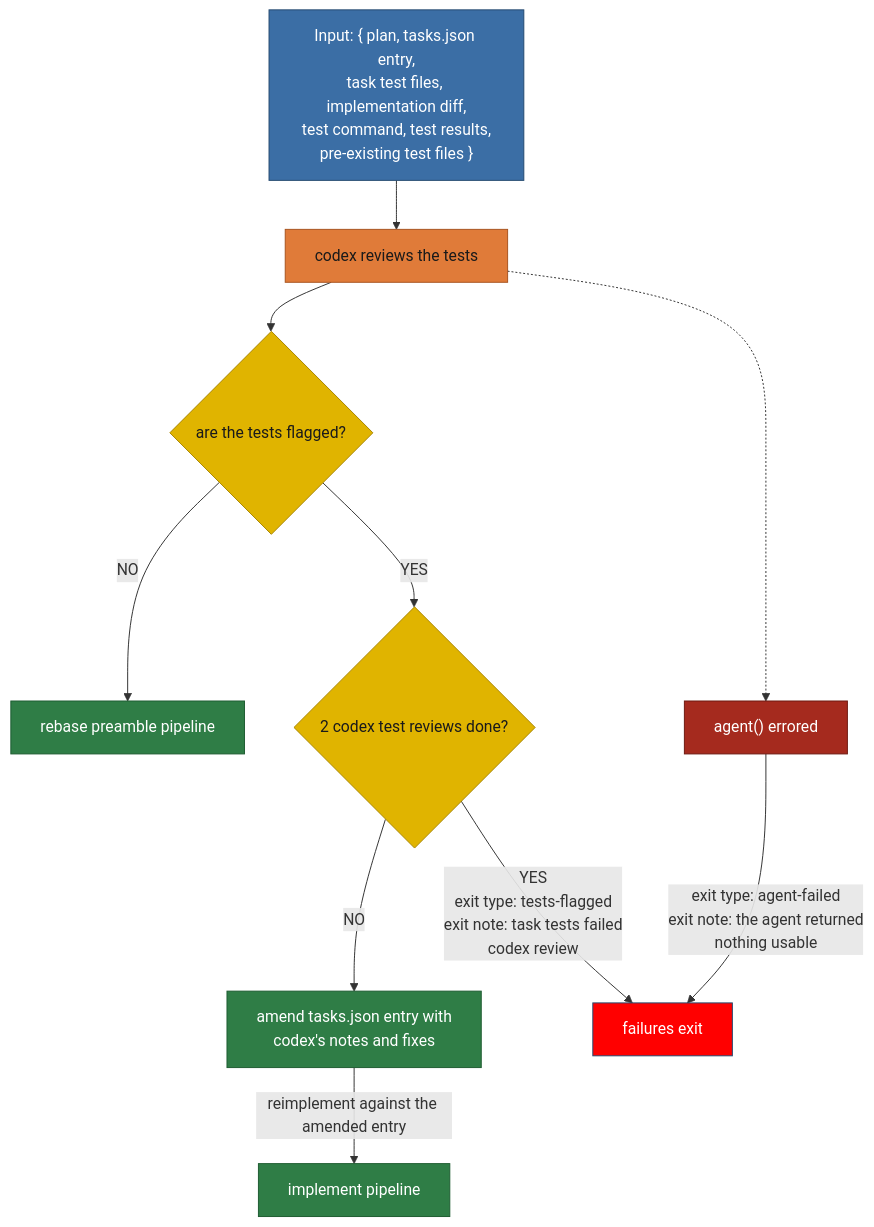
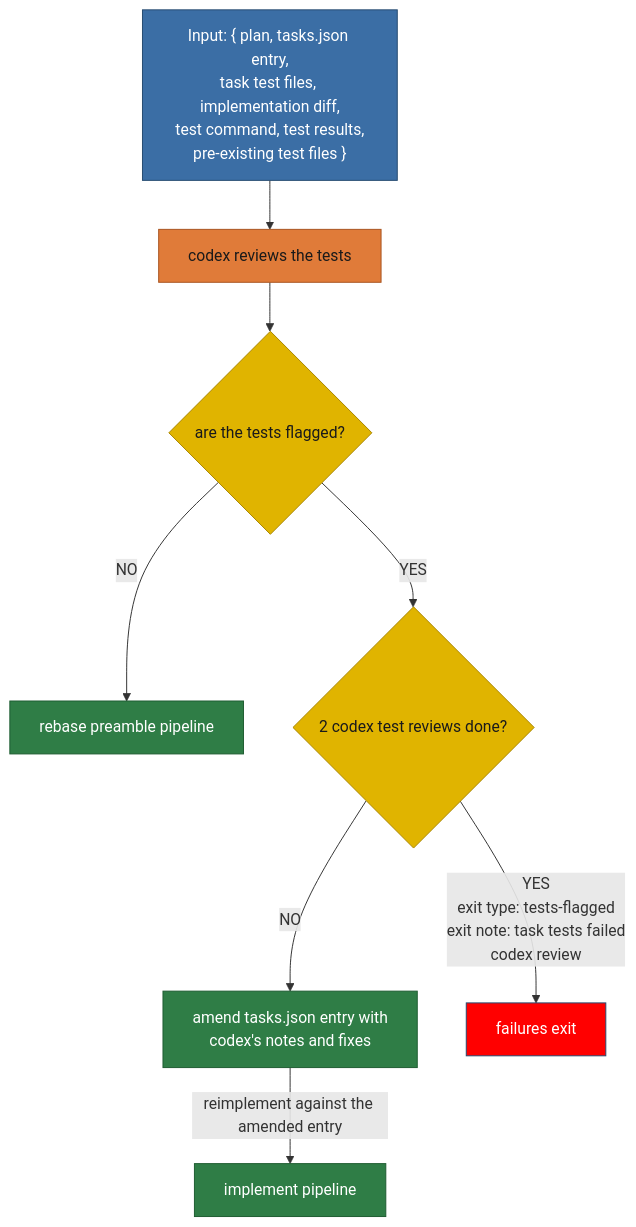
The diagram in plans/diagram/pipeline-reviewTests.mmd (matkatmusic/taskTools), drawn with Mermaid before and after one commit. The commit also changed 404 other files, not shown here.

```diff
--- a/plans/diagram/pipeline-reviewTests.mmd
+++ b/plans/diagram/pipeline-reviewTests.mmd
@@ -1,61 +1,58 @@
 flowchart TB
 %% REVIEW TASK TESTS PIPELINE. Split from pipeline-implementTest.mmd.
 %% ---
 %% Input: a green implementation from the task tests pipeline.
 %% ---
 %% Job: decide whether the tests are worth trusting.
 %% ---
 %% Input provenance:
 %% ---
 %% The implementation diff and the pre-existing test files are derived here.
 %% ---
 %% Both come from the task branch's merge-base with the target branch.
 %% ---
 %% No earlier pipeline captures them.
 %% ---
 %% The test command and test results come from the task tests pipeline that just ran.
 %% ---
 %% Rules not shown in the graph:
 %% ---
 %% Codex gets 2 reviews; a second flagging exits the pipeline.
 %% ---
 %% Reading tests alone misses wrong-implementation passes.
 %% ---
 %% It also misses pre-existing tests claimed as new coverage.
 %% ---
 %% A script that fails operationally exits as run-failed.
 %% ---
-%% Exit types: agent-failed, tests-flagged, run-failed.
+%% Exit types: tests-flagged, run-failed.
 
   GREEN_IMPLEMENTATION_INPUT["Input: { plan, tasks.json entry,<br/>task test files, implementation diff,<br/>test command, test results,<br/>pre-existing test files }"] --> CODEX_REVIEWS_TESTS
   CODEX_REVIEWS_TESTS["codex reviews the tests"] --> ARE_TESTS_FLAGGED{"are the tests flagged?"}
   ARE_TESTS_FLAGGED -->|NO| REBASE_PREAMBLE_PIPELINE["rebase preamble pipeline"]
   ARE_TESTS_FLAGGED -->|YES| ARE_2_TEST_REVIEWS_DONE{"2 codex test reviews done?"}
 
   ARE_2_TEST_REVIEWS_DONE -->|NO| AMEND_ENTRY_WITH_CODEX_NOTES["amend tasks.json entry with<br/>codex's notes and fixes"]
   ARE_2_TEST_REVIEWS_DONE -- "YES<br/>exit type: tests-flagged<br/>exit note: task tests failed<br/>codex review" --> EXIT_WORKFLOW_REVIEW_TESTS
   AMEND_ENTRY_WITH_CODEX_NOTES -- "reimplement against the amended entry" --> IMPLEMENT_PIPELINE["implement pipeline"]
-
-
-  CODEX_REVIEWS_TESTS -.-> AGENT_ERRORED["agent() errored"] -- "exit type: agent-failed<br/>exit note: the agent returned<br/>nothing usable" --> EXIT_WORKFLOW_REVIEW_TESTS
 
   EXIT_WORKFLOW_REVIEW_TESTS["failures exit"]
 
   %% Green heads for the next pipeline.
   %% ---
   %% Red reimplements, or ends in the exit workflow.
   classDef pipeline fill:#2f7d46,stroke:#1e5c31,color:#ffffff
   classDef script fill:#2f7d46,stroke:#1e5c31,color:#ffffff
   classDef agent fill:#e07b39,stroke:#a8541f,color:#1a1a1a
   classDef decision fill:#e0b400,stroke:#a88600,color:#1a1a1a
   classDef output fill:#3b6ea5,stroke:#254a70,color:#ffffff
   classDef fail fill:red,stroke:#254a70,color:#ffffff
   classDef pass fill:#2f7d46,stroke:#1e5c31,color:#ffffff
   classDef nopass fill:#a52a1e,stroke:#6d1a12,color:#ffffff
   class ARE_TESTS_FLAGGED,ARE_2_TEST_REVIEWS_DONE decision
   class AMEND_ENTRY_WITH_CODEX_NOTES script
   class CODEX_REVIEWS_TESTS agent
+  class CODEX_REVIEWS_TESTS returns_a_prompt
   class IMPLEMENT_PIPELINE,REBASE_PREAMBLE_PIPELINE pipeline
-  class AGENT_ERRORED nopass
   class EXIT_WORKFLOW_REVIEW_TESTS fail
   class GREEN_IMPLEMENTATION_INPUT output
```
